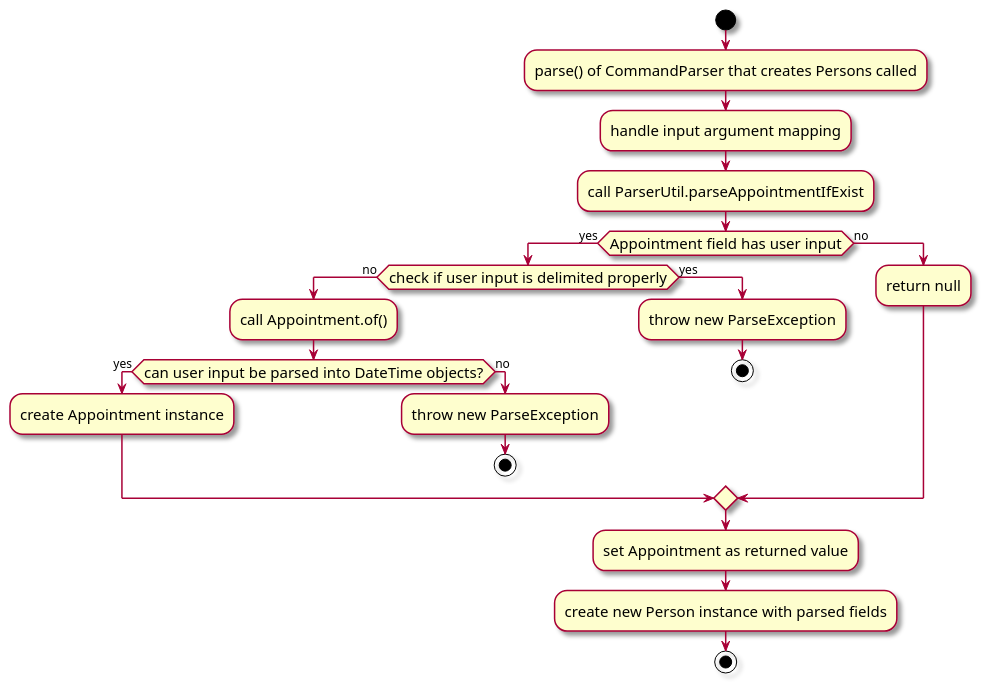
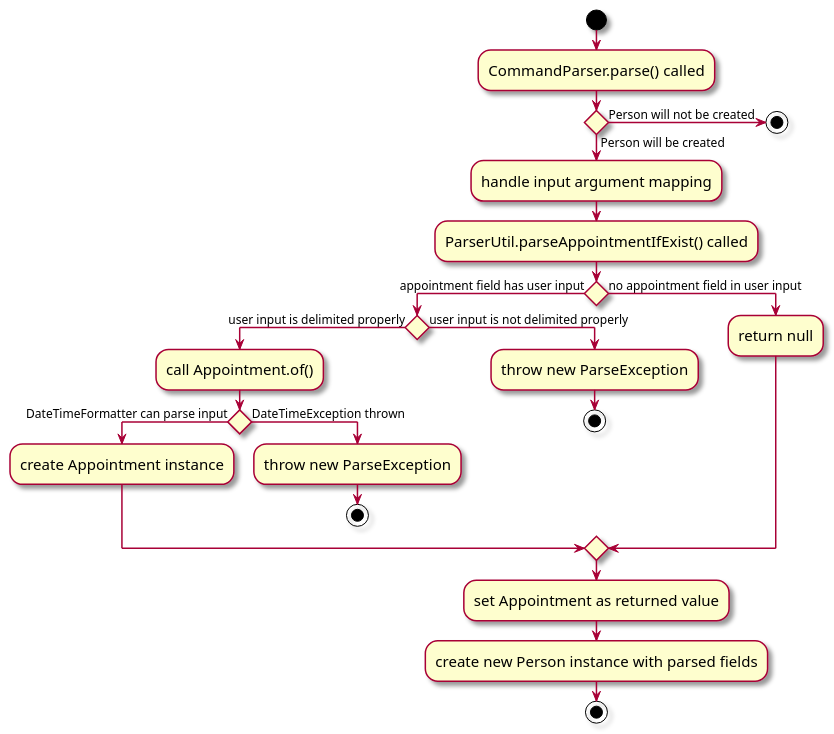
The diagram in docs/diagrams/AppointmentActivity0.puml (nus-cs2103-AY2324S1/tp), drawn with PlantUML before and after one commit. The commit also changed 2 other files, not shown here.

Commit message:
Fix diagram to PUML standard

```diff
--- a/docs/diagrams/AppointmentActivity0.puml
+++ b/docs/diagrams/AppointmentActivity0.puml
@@ -1,30 +1,34 @@
 @startuml
 skin rose
 skinparam ActivityFontSize 15
 skinparam ArrowFontSize 12
 
 start
-:parse() of CommandParser that creates Persons called;
+:CommandParser.parse() called;
+if () then (Person will be created)
 :handle input argument mapping;
-:call ParserUtil.parseAppointmentIfExist;
-if (Appointment field has user input) then (yes)
-    if (check if user input is delimited properly) then (no)
+:ParserUtil.parseAppointmentIfExist() called;
+if () then (appointment field has user input)
+    if () then (user input is delimited properly)
         :call Appointment.of();
-        if (can user input be parsed into DateTime objects?) then (yes)
+        if () then (DateTimeFormatter can parse input)
             :create Appointment instance;
-        else (no)
+        else (DateTimeException thrown)
             :throw new ParseException;
             stop
         endif
-    else (yes)
+    else (user input is not delimited properly)
         :throw new ParseException;
         stop
     endif
-else (no)
+else (no appointment field in user input)
     :return null;
 endif
 :set Appointment as returned value;
 :create new Person instance with parsed fields;
 stop
 
+else (Person will not be created)
+stop
+
 @enduml
```
